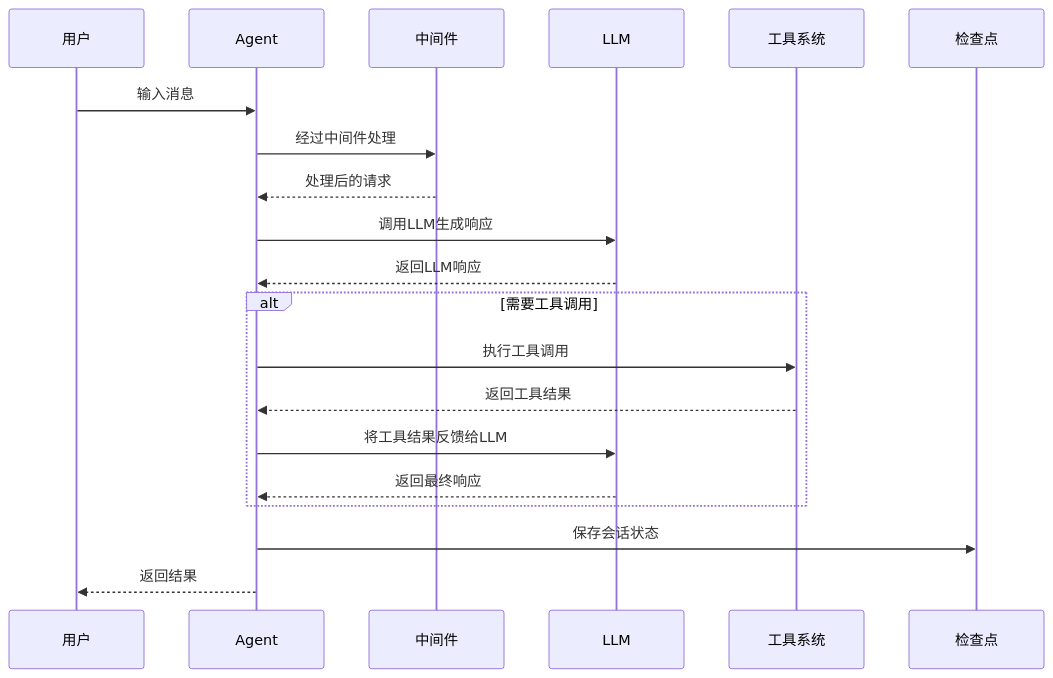
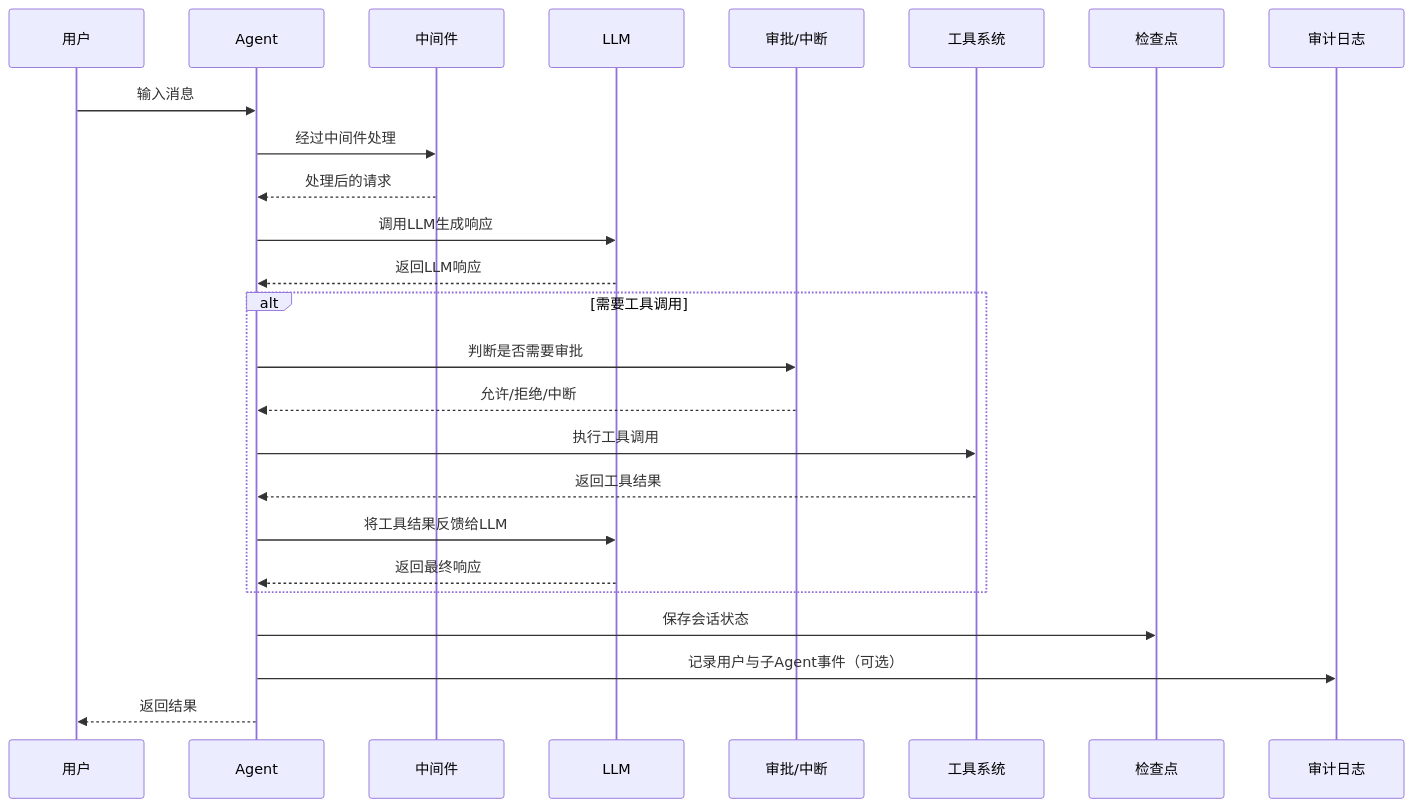
The second of 2 diagrams in msagent/docs/zh/developer_guide/arch_overview.md (mindstudio-docs/master), drawn with Mermaid before and after one commit. The commit also changed other lines of this file and 48 other files, not shown here.

````diff
--- a/msagent/docs/zh/developer_guide/arch_overview.md
+++ b/msagent/docs/zh/developer_guide/arch_overview.md
@@ -168,23 +192,28 @@
 ```mermaid
 sequenceDiagram
     participant User as 用户
     participant Agent as Agent
     participant Middleware as 中间件
     participant LLM as LLM
+    participant Approval as 审批/中断
     participant Tool as 工具系统
     participant Checkpointer as 检查点
+    participant Audit as 审计日志
 
     User->>Agent: 输入消息
     Agent->>Middleware: 经过中间件处理
     Middleware-->>Agent: 处理后的请求
     Agent->>LLM: 调用LLM生成响应
     LLM-->>Agent: 返回LLM响应
     alt 需要工具调用
+        Agent->>Approval: 判断是否需要审批
+        Approval-->>Agent: 允许/拒绝/中断
         Agent->>Tool: 执行工具调用
         Tool-->>Agent: 返回工具结果
         Agent->>LLM: 将工具结果反馈给LLM
         LLM-->>Agent: 返回最终响应
     end
     Agent->>Checkpointer: 保存会话状态
+    Agent->>Audit: 记录用户与子Agent事件（可选）
     Agent-->>User: 返回结果
 ```
````
